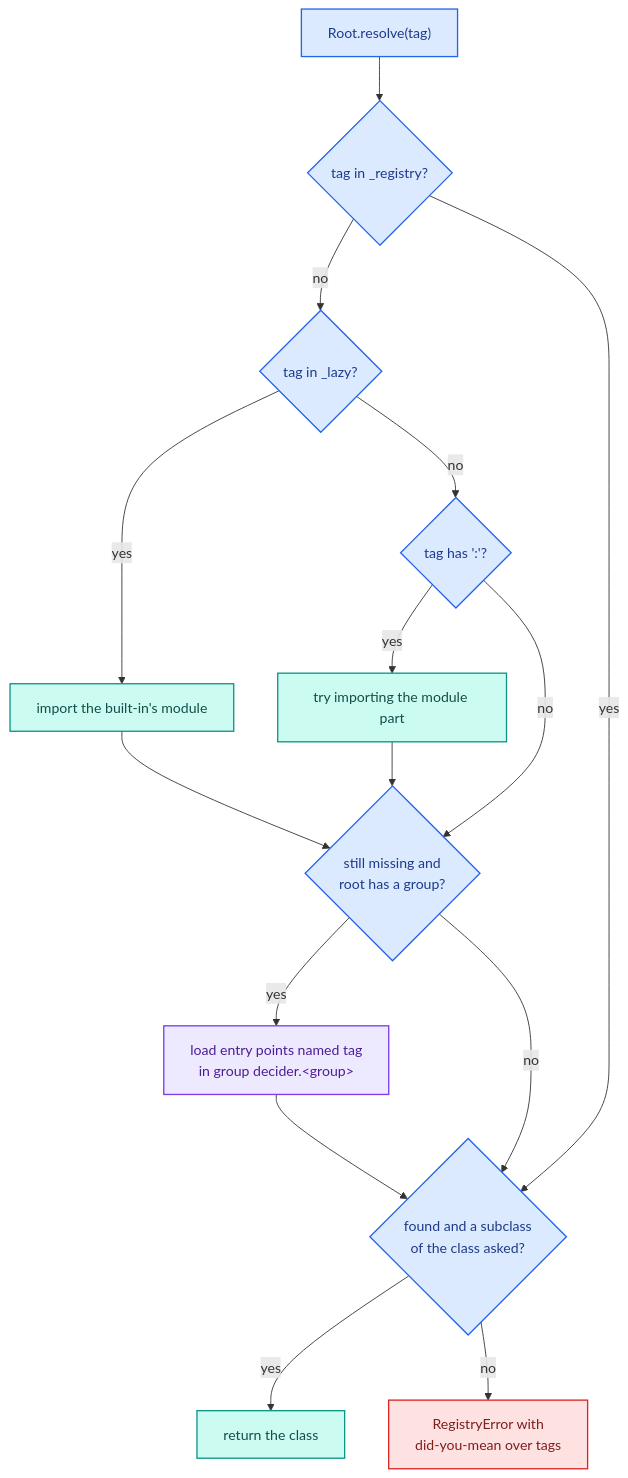
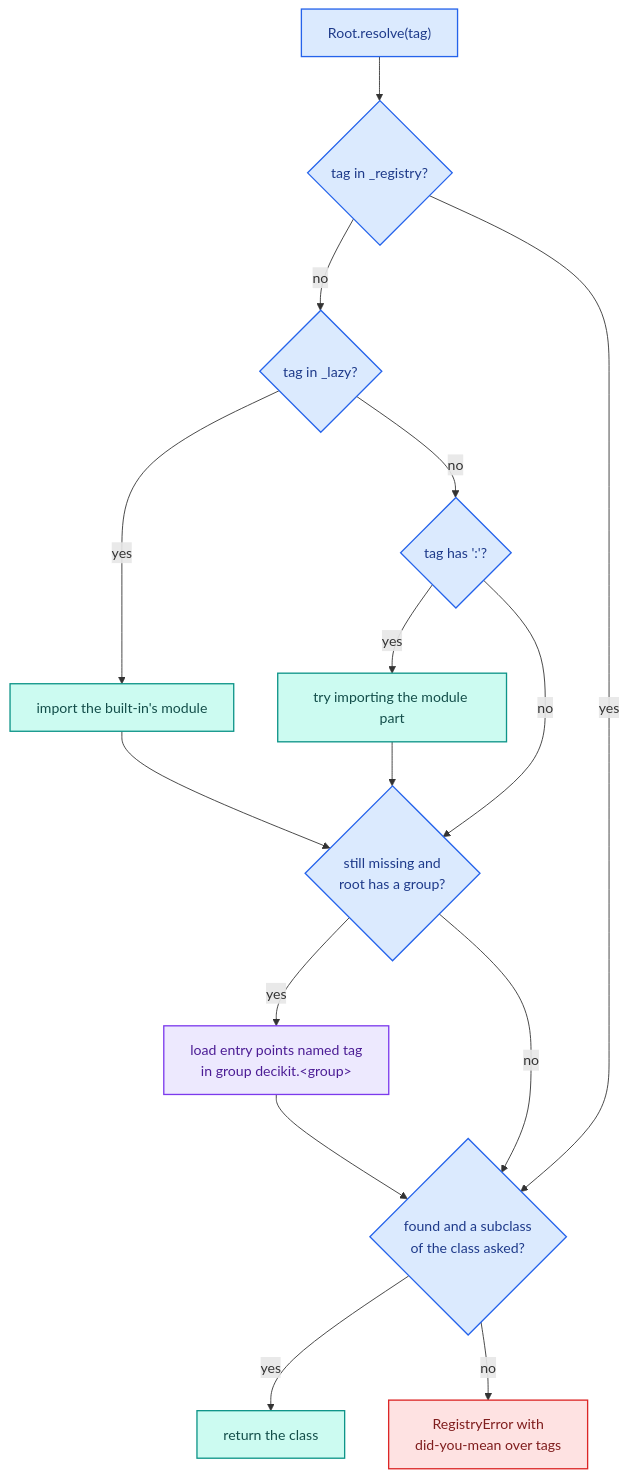
Before and after one commit to capitec/dsp-decision-engine: the third of 4 diagrams in docs/architecture/foundation.md, drawn with Mermaid. The commit also changed other lines of this file and 1292 other files, not shown here.

Commit message:
rename decider to decikit: package, CLI, DECIKIT_* settings, plugin, extension, docs prose says decider toolkit

````diff
--- a/docs/architecture/foundation.md
+++ b/docs/architecture/foundation.md
@@ -284,21 +284,21 @@
 ```mermaid
 flowchart TB
     t["Root.resolve(tag)"]:::ir --> r1{"tag in _registry?"}:::ir
     r1 -->|no| lz{"tag in _lazy?"}:::ir
     lz -->|yes| imp1["import the built-in's module"]:::engine
     lz -->|no| colon{"tag has ':'?"}:::ir
     colon -->|yes| imp2["try importing the module part"]:::engine
     colon -->|no| ep
     imp1 --> ep{"still missing and<br/>root has a group?"}:::ir
     imp2 --> ep
     r1 -->|yes| sub
-    ep -->|yes| load["load entry points named tag<br/>in group decider.&lt;group&gt;"]:::tool
+    ep -->|yes| load["load entry points named tag<br/>in group decikit.&lt;group&gt;"]:::tool
     ep -->|no| sub
     load --> sub{"found and a subclass<br/>of the class asked?"}:::ir
     sub -->|yes| ok["return the class"]:::engine
     sub -->|no| err["RegistryError with<br/>did-you-mean over tags"]:::error
     classDef ir fill:#dbeafe,stroke:#2563eb,color:#1e3a8a,stroke-width:1.5px;
     classDef engine fill:#ccfbf1,stroke:#0d9488,color:#134e4a,stroke-width:1.5px;
     classDef tool fill:#ede9fe,stroke:#7c3aed,color:#4c1d95,stroke-width:1.5px;
     classDef error fill:#fee2e2,stroke:#dc2626,color:#7f1d1d,stroke-width:1.5px;
 ```
````
